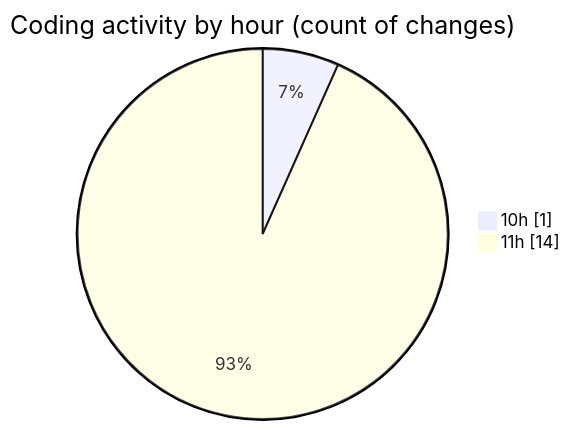
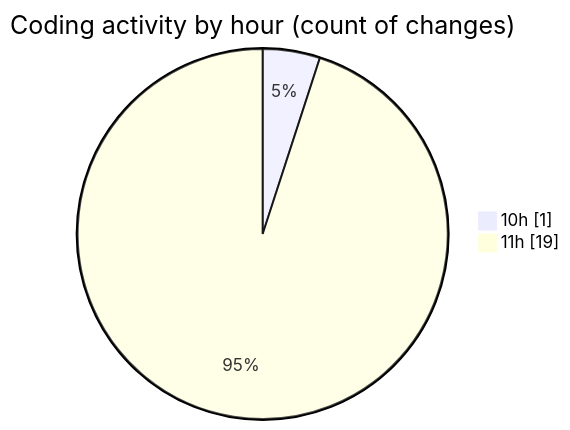
The second of 2 diagrams in 2026-03-30/nxtqube_webapp/README.md (nxtqubesakshisongat/code-tracking), drawn with Mermaid before and after one commit. The commit also changed other lines of this file and 1 other file, not shown here.

````diff
--- a/2026-03-30/nxtqube_webapp/README.md
+++ b/2026-03-30/nxtqube_webapp/README.md
@@ -29,6 +29,6 @@
 ```mermaid
 pie showData
 title Coding activity by hour (count of changes)
 "10h" : 1
-"11h" : 14
+"11h" : 19
 ```
````
